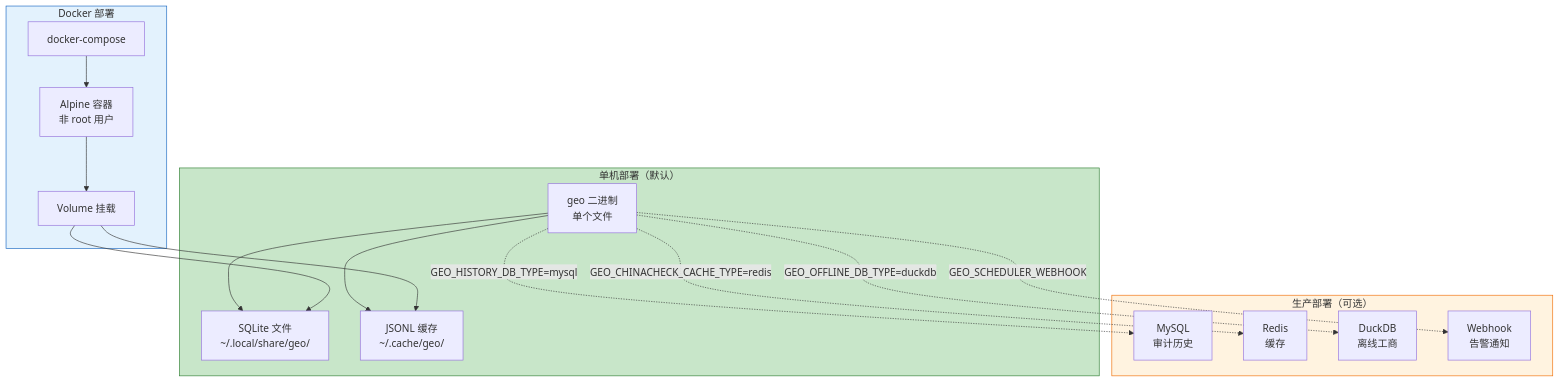
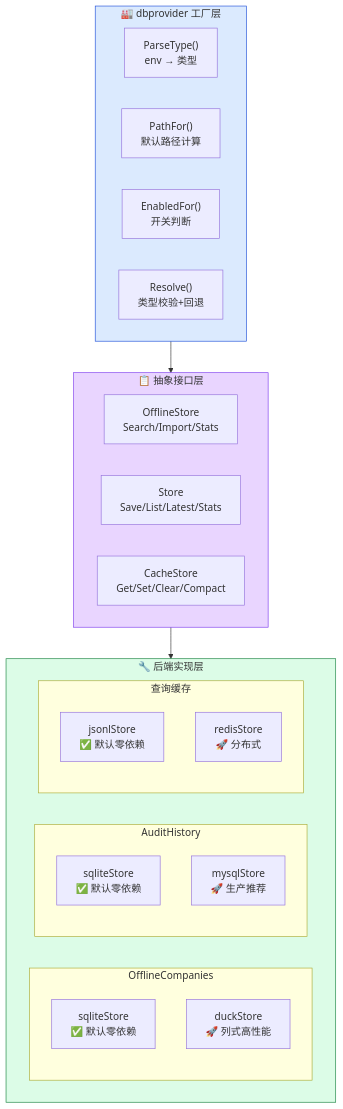
Diagram 19 of 31 in docs/architecture.md (deep2code/geo), drawn with Mermaid before and after one commit. The commit also changed other lines of this file and 3 other files, not shown here.

First line of the commit message:
docs: 全面美化文档，大量采用 Mermaid 图表

````diff
--- a/docs/architecture.md
+++ b/docs/architecture.md
@@ -341,34 +498,37 @@
 ```mermaid
 graph TB
-    subgraph 单机部署["单机部署（默认）"]
-        BIN["geo 二进制<br/>单个文件"]
-        SQLITE["SQLite 文件<br/>~/.local/share/geo/"]
-        JSONL["JSONL 缓存<br/>~/.cache/geo/"]
+    subgraph 工厂层["🏭 dbprovider 工厂层"]
+        PT["ParseType()<br/>env → 类型"]
+        PF["PathFor()<br/>默认路径计算"]
+        EN["EnabledFor()<br/>开关判断"]
+        RS["Resolve()<br/>类型校验+回退"]
     end
 
-    subgraph Docker部署["Docker 部署"]
-        DC["docker-compose"]
-        CONTAINER["Alpine 容器<br/>非 root 用户"]
-        VOL["Volume 挂载"]
+    subgraph 接口层["📋 抽象接口层"]
+        IO["OfflineStore<br/>Search/Import/Stats"]
+        IH["Store<br/>Save/List/Latest/Stats"]
+        IC["CacheStore<br/>Get/Set/Clear/Compact"]
     end
 
-    subgraph 生产部署["生产部署（可选）"]
-        MYS["MySQL<br/>审计历史"]
-        RED["Redis<br/>缓存"]
-        DUC["DuckDB<br/>离线工商"]
-        WH["Webhook<br/>告警通知"]
+    subgraph 后端实现层["🔧 后端实现层"]
+        subgraph 离线工商 ["OfflineCompanies"]
+            OSQL["sqliteStore<br/>✅ 默认零依赖"]
+            ODUC["duckStore<br/>🚀 列式高性能"]
+        end
+        subgraph 审计历史 ["AuditHistory"]
+            HSQL["sqliteStore<br/>✅ 默认零依赖"]
+            HMY["mysqlStore<br/>🚀 生产推荐"]
+        end
+        subgraph ChinaCheck ["查询缓存"]
+            CJ["jsonlStore<br/>✅ 默认零依赖"]
+            CRED["redisStore<br/>🚀 分布式"]
+        end
     end
 
-    BIN --> SQLITE & JSONL
-    DC --> CONTAINER --> VOL
-    VOL --> SQLITE & JSONL
+    工厂层 --> 接口层
+    接口层 --> 后端实现层
 
-    BIN -.->|"GEO_HISTORY_DB_TYPE=mysql"| MYS
-    BIN -.->|"GEO_CHINACHECK_CACHE_TYPE=redis"| RED
-    BIN -.->|"GEO_OFFLINE_DB_TYPE=duckdb"| DUC
-    BIN -.->|"GEO_SCHEDULER_WEBHOOK"| WH
-
-    style 单机部署 fill:#c8e6c9,stroke:#2e7d32
-    style Docker部署 fill:#e3f2fd,stroke:#1565c0
-    style 生产部署 fill:#fff3e0,stroke:#ef6c00
+    style 工厂层 fill:#dbeafe,stroke:#1d4ed8
+    style 接口层 fill:#e9d5ff,stroke:#7c3aed
+    style 后端实现层 fill:#dcfce7,stroke:#15803d
 ```
````
